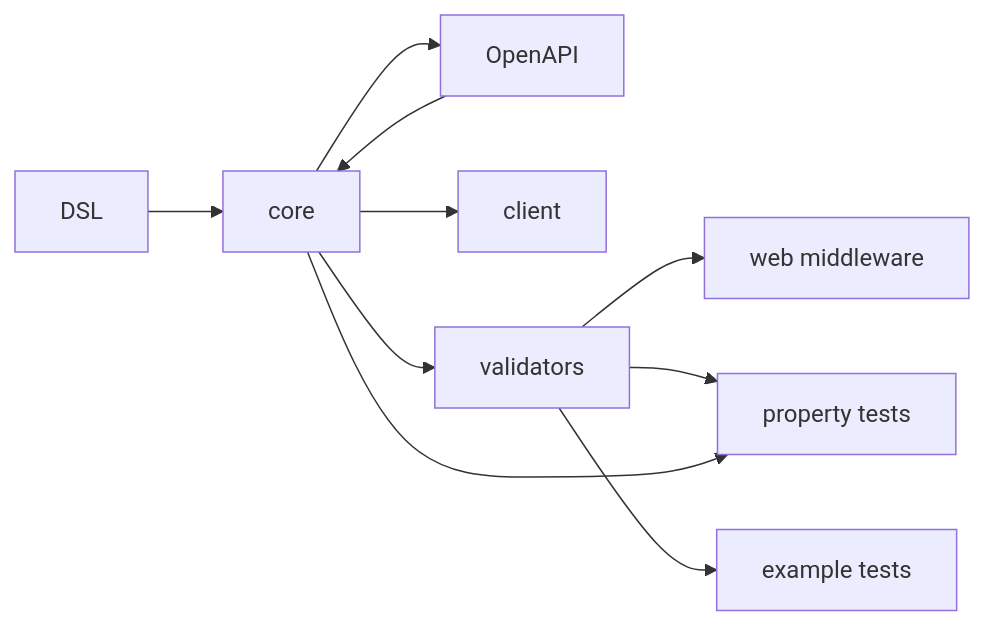
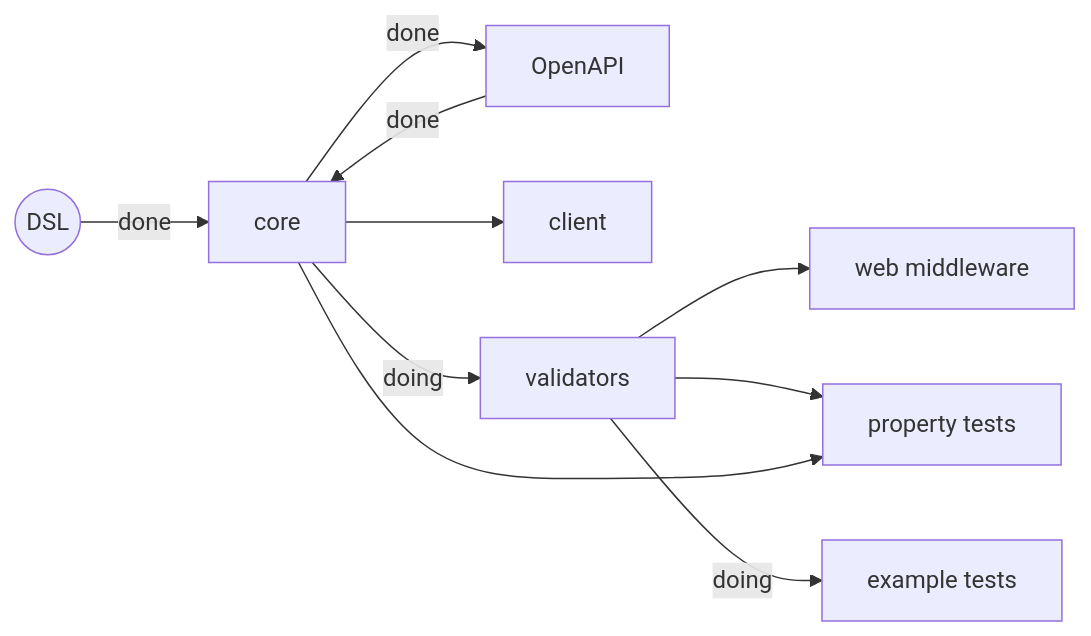
Before and after one commit to responsibleapi/responsible: the diagram in README.md, drawn with Mermaid.

````diff
--- a/README.md
+++ b/README.md
@@ -3,20 +3,20 @@
 ```mermaid
 flowchart LR
-nl5nta7qaru[<p>DSL</p>]
+nl5nta7qaru((DSL))
 nl5ntaat4wat[<p>core</p>]
 nl5ntadjrf2n[<p>OpenAPI</p>]
 nl5ntas4l81u[<p>client</p>]
 nl5ntav2f0da[<p>web middleware</p>]
 nl5ntay5b7y[<p>property tests</p>]
 nl5v6qw5ttu7[<p>validators</p>]
 nl5v6rmclbkp[<p>example tests</p>]
-nl5nta7qaru -->| | nl5ntaat4wat
-nl5ntaat4wat -->| | nl5ntadjrf2n
+nl5nta7qaru -->|done| nl5ntaat4wat
+nl5ntaat4wat -->|done| nl5ntadjrf2n
 nl5ntaat4wat -->| | nl5ntas4l81u
 nl5v6qw5ttu7 -->| | nl5ntav2f0da
-nl5ntadjrf2n -->| | nl5ntaat4wat
-nl5ntaat4wat -->| | nl5v6qw5ttu7
+nl5ntadjrf2n -->|done| nl5ntaat4wat
+nl5ntaat4wat -->|doing| nl5v6qw5ttu7
 nl5v6qw5ttu7 -->| | nl5ntay5b7y
-nl5v6qw5ttu7 -->| | nl5v6rmclbkp
+nl5v6qw5ttu7 -->|doing| nl5v6rmclbkp
 nl5ntaat4wat -->| | nl5ntay5b7y
 ```
````
